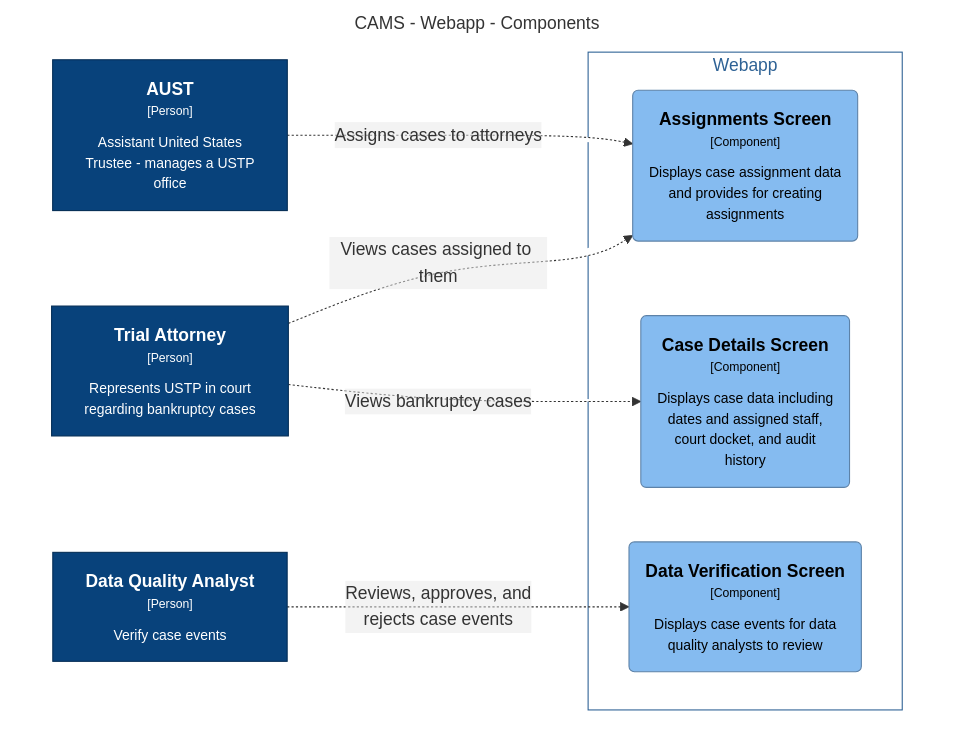
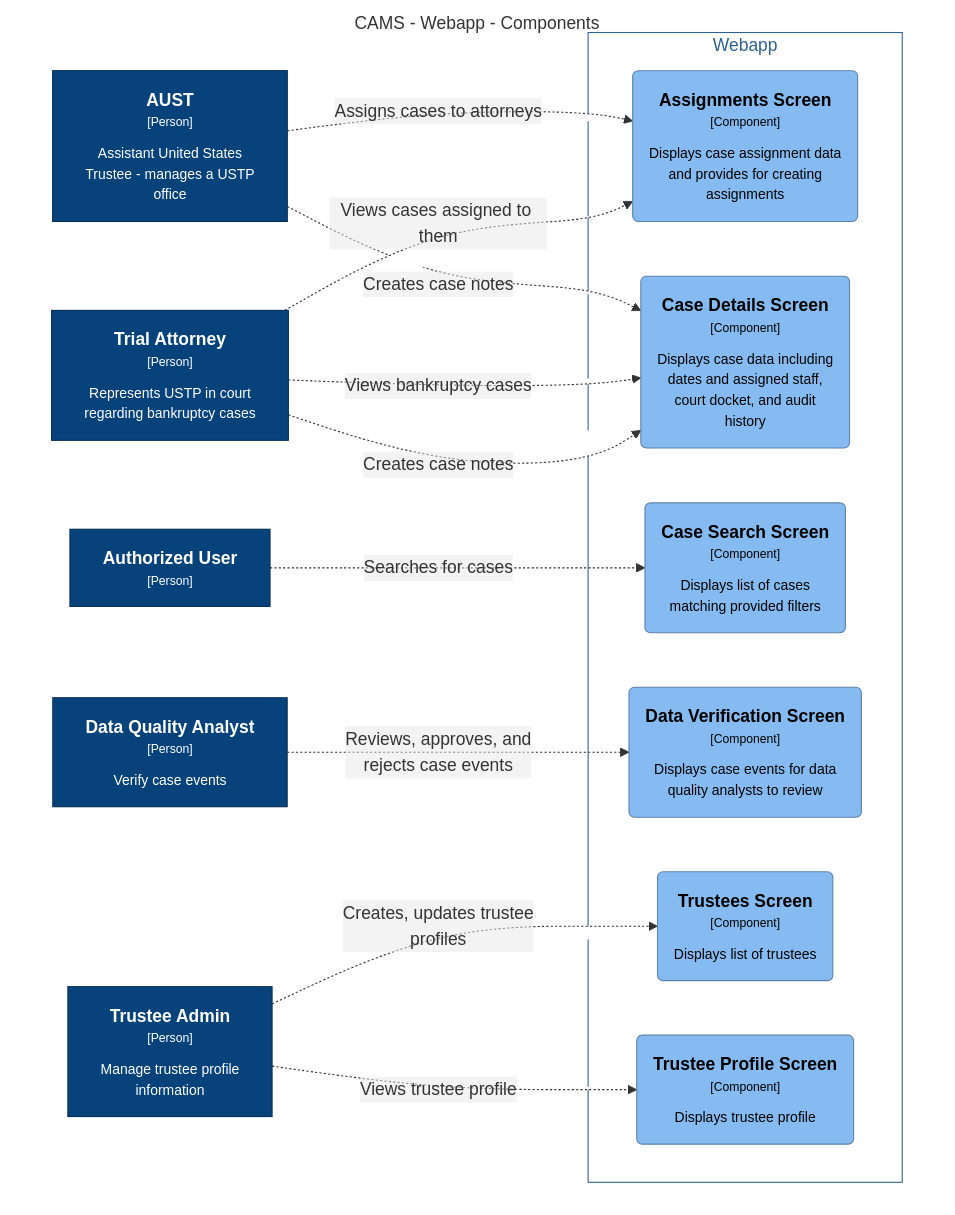
The diagram in docs/architecture/diagrams/cams-webapp-components.md (US-Trustee-Program/Bankruptcy-Oversight-Support-Systems), drawn with Mermaid before and after one commit. The commit also changed 8 other files, not shown here.

First line of the commit message:
Update structurizr dsl and diagrams

````diff
--- a/docs/architecture/diagrams/cams-webapp-components.md
+++ b/docs/architecture/diagrams/cams-webapp-components.md
@@ -3,31 +3,46 @@
 ```mermaid
 graph TB
   linkStyle default fill:#ffffff
 
   subgraph diagram ["CAMS - Webapp - Components"]
     style diagram fill:#ffffff,stroke:#ffffff
 
     1["<div style='font-weight: bold'>AUST</div><div style='font-size: 70%; margin-top: 0px'>[Person]</div><div style='font-size: 80%; margin-top:10px'>Assistant United States<br />Trustee - manages a USTP<br />office</div>"]
     style 1 fill:#08427b,stroke:#052e56,color:#ffffff
     2["<div style='font-weight: bold'>Trial Attorney</div><div style='font-size: 70%; margin-top: 0px'>[Person]</div><div style='font-size: 80%; margin-top:10px'>Represents USTP in court<br />regarding bankruptcy cases</div>"]
     style 2 fill:#08427b,stroke:#052e56,color:#ffffff
     3["<div style='font-weight: bold'>Data Quality Analyst</div><div style='font-size: 70%; margin-top: 0px'>[Person]</div><div style='font-size: 80%; margin-top:10px'>Verify case events</div>"]
     style 3 fill:#08427b,stroke:#052e56,color:#ffffff
+    4["<div style='font-weight: bold'>Trustee Admin</div><div style='font-size: 70%; margin-top: 0px'>[Person]</div><div style='font-size: 80%; margin-top:10px'>Manage trustee profile<br />information</div>"]
+    style 4 fill:#08427b,stroke:#052e56,color:#ffffff
+    5["<div style='font-weight: bold'>Authorized User</div><div style='font-size: 70%; margin-top: 0px'>[Person]</div>"]
+    style 5 fill:#08427b,stroke:#052e56,color:#ffffff
 
-    subgraph 8 [Webapp]
-      style 8 fill:#ffffff,stroke:#2e6295,color:#2e6295
+    subgraph 10 [Webapp]
+      style 10 fill:#ffffff,stroke:#2e6295,color:#2e6295
 
-      10("<div style='font-weight: bold'>Case Details Screen</div><div style='font-size: 70%; margin-top: 0px'>[Component]</div><div style='font-size: 80%; margin-top:10px'>Displays case data including<br />dates and assigned staff,<br />court docket, and audit<br />history</div>")
-      style 10 fill:#85bbf0,stroke:#5d82a8,color:#000000
-      11("<div style='font-weight: bold'>Data Verification Screen</div><div style='font-size: 70%; margin-top: 0px'>[Component]</div><div style='font-size: 80%; margin-top:10px'>Displays case events for data<br />quality analysts to review</div>")
+      11("<div style='font-weight: bold'>Assignments Screen</div><div style='font-size: 70%; margin-top: 0px'>[Component]</div><div style='font-size: 80%; margin-top:10px'>Displays case assignment data<br />and provides for creating<br />assignments</div>")
       style 11 fill:#85bbf0,stroke:#5d82a8,color:#000000
-      9("<div style='font-weight: bold'>Assignments Screen</div><div style='font-size: 70%; margin-top: 0px'>[Component]</div><div style='font-size: 80%; margin-top:10px'>Displays case assignment data<br />and provides for creating<br />assignments</div>")
-      style 9 fill:#85bbf0,stroke:#5d82a8,color:#000000
+      12("<div style='font-weight: bold'>Case Details Screen</div><div style='font-size: 70%; margin-top: 0px'>[Component]</div><div style='font-size: 80%; margin-top:10px'>Displays case data including<br />dates and assigned staff,<br />court docket, and audit<br />history</div>")
+      style 12 fill:#85bbf0,stroke:#5d82a8,color:#000000
+      13("<div style='font-weight: bold'>Case Search Screen</div><div style='font-size: 70%; margin-top: 0px'>[Component]</div><div style='font-size: 80%; margin-top:10px'>Displays list of cases<br />matching provided filters</div>")
+      style 13 fill:#85bbf0,stroke:#5d82a8,color:#000000
+      14("<div style='font-weight: bold'>Data Verification Screen</div><div style='font-size: 70%; margin-top: 0px'>[Component]</div><div style='font-size: 80%; margin-top:10px'>Displays case events for data<br />quality analysts to review</div>")
+      style 14 fill:#85bbf0,stroke:#5d82a8,color:#000000
+      15("<div style='font-weight: bold'>Trustees Screen</div><div style='font-size: 70%; margin-top: 0px'>[Component]</div><div style='font-size: 80%; margin-top:10px'>Displays list of trustees</div>")
+      style 15 fill:#85bbf0,stroke:#5d82a8,color:#000000
+      16("<div style='font-weight: bold'>Trustee Profile Screen</div><div style='font-size: 70%; margin-top: 0px'>[Component]</div><div style='font-size: 80%; margin-top:10px'>Displays trustee profile</div>")
+      style 16 fill:#85bbf0,stroke:#5d82a8,color:#000000
     end
 
-    2-. "<div>Views bankruptcy cases</div><div style='font-size: 70%'></div>" .->10
-    1-. "<div>Assigns cases to attorneys</div><div style='font-size: 70%'></div>" .->9
-    2-. "<div>Views cases assigned to them</div><div style='font-size: 70%'></div>" .->9
-    3-. "<div>Reviews, approves, and<br />rejects case events</div><div style='font-size: 70%'></div>" .->11
+    1-. "<div>Creates case notes</div><div style='font-size: 70%'></div>" .->12
+    2-. "<div>Views bankruptcy cases</div><div style='font-size: 70%'></div>" .->12
+    2-. "<div>Creates case notes</div><div style='font-size: 70%'></div>" .->12
+    1-. "<div>Assigns cases to attorneys</div><div style='font-size: 70%'></div>" .->11
+    2-. "<div>Views cases assigned to them</div><div style='font-size: 70%'></div>" .->11
+    3-. "<div>Reviews, approves, and<br />rejects case events</div><div style='font-size: 70%'></div>" .->14
+    5-. "<div>Searches for cases</div><div style='font-size: 70%'></div>" .->13
+    4-. "<div>Creates, updates trustee<br />profiles</div><div style='font-size: 70%'></div>" .->15
+    4-. "<div>Views trustee profile</div><div style='font-size: 70%'></div>" .->16
   end
 ```
````
